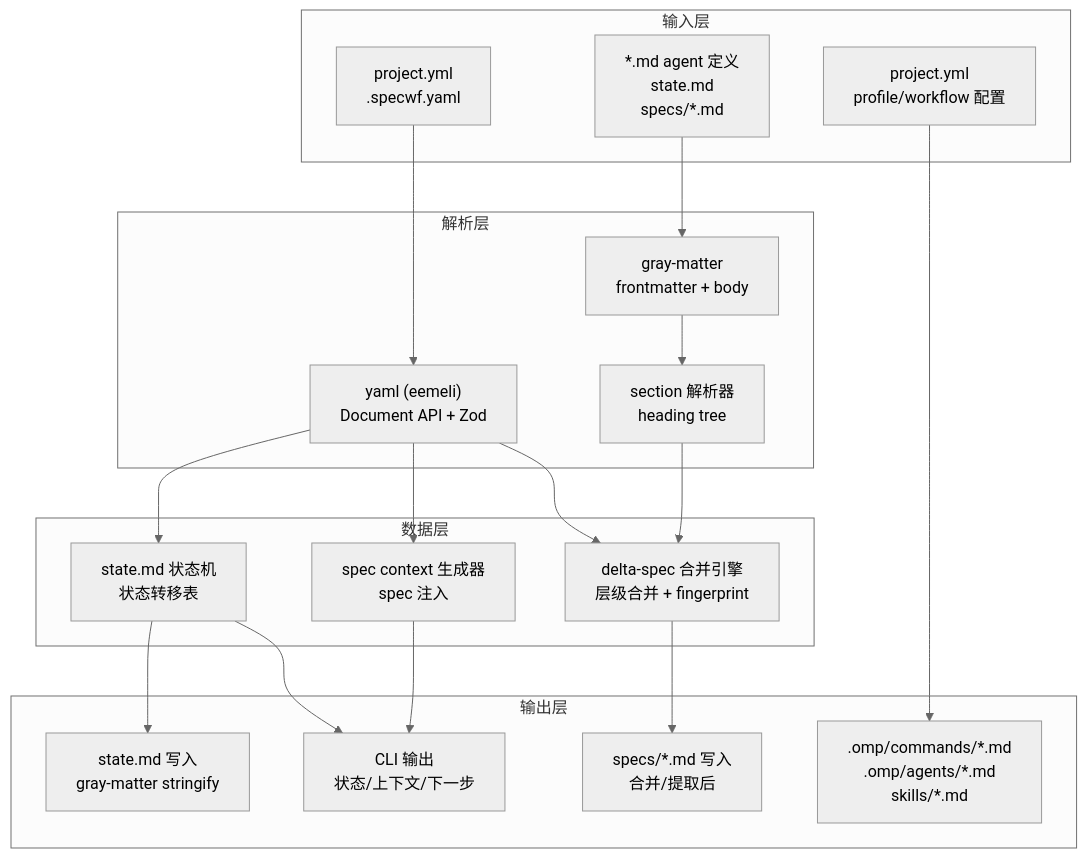
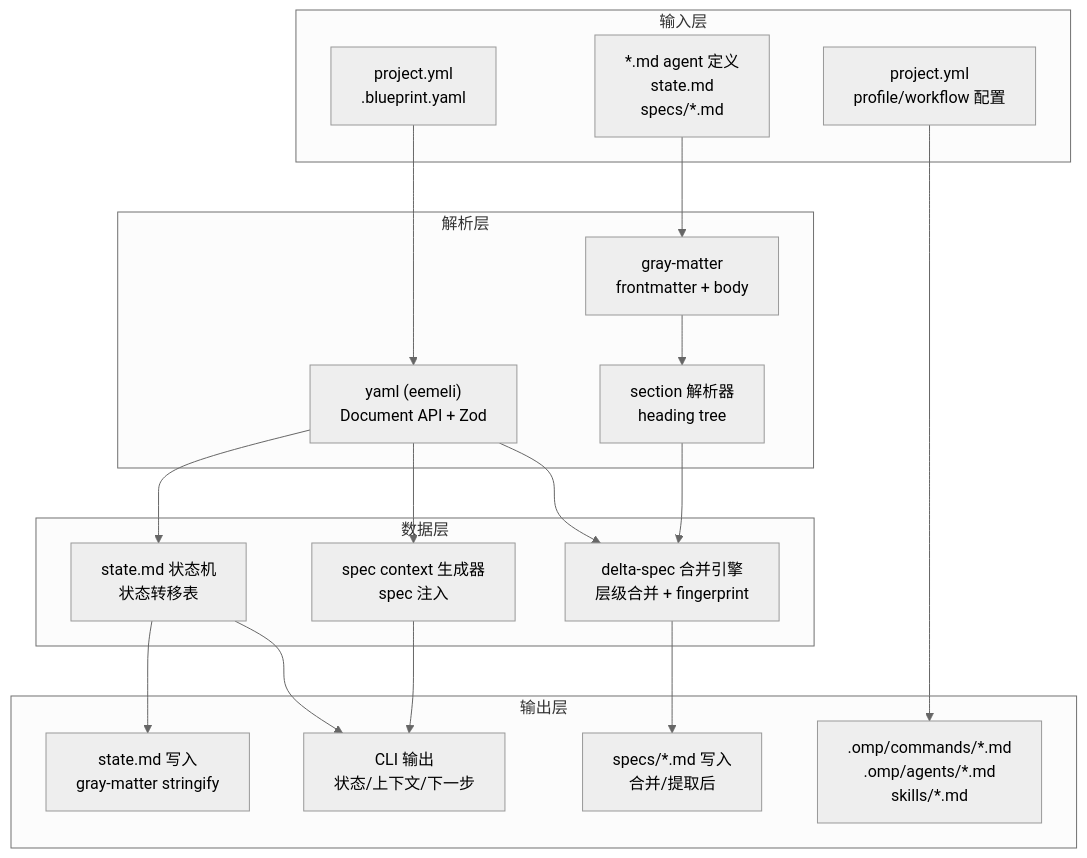
The first of 3 diagrams in bp/research/architecture.md (hyperion2144/blueprint), drawn with Mermaid (neutral theme) before and after one commit. The commit also changed other lines of this file and 140 other files, not shown here.

First line of the commit message:
refactor: remove specwf legacy naming from entire project

````diff
--- a/bp/research/architecture.md
+++ b/bp/research/architecture.md
@@ -848,42 +848,42 @@
 ```mermaid
 flowchart TD
     subgraph 输入层["输入层"]
-        YAML_FILES["project.yml<br/>.specwf.yaml"]
+        YAML_FILES["project.yml<br/>.blueprint.yaml"]
         MD_FILES["*.md agent 定义<br/>state.md<br/>specs/*.md"]
         CONFIG["project.yml<br/>profile/workflow 配置"]
     end
 
     subgraph 解析层["解析层"]
         YAML_PARSER["yaml (eemeli)<br/>Document API + Zod"]
         FM_PARSER["gray-matter<br/>frontmatter + body"]
         MD_SECTION["section 解析器<br/>heading tree"]
     end
 
     subgraph 数据层["数据层"]
         STATE_MACHINE["state.md 状态机<br/>状态转移表"]
         MERGE_ENGINE["delta-spec 合并引擎<br/>层级合并 + fingerprint"]
         CONTEXT_GEN["spec context 生成器<br/>spec 注入"]
     end
 
     subgraph 输出层["输出层"]
         STATE_UPDATE["state.md 写入<br/>gray-matter stringify"]
         SPEC_UPDATE["specs/*.md 写入<br/>合并/提取后"]
         CLI_OUTPUT["CLI 输出<br/>状态/上下文/下一步"]
         PLATFORM_FILES[".omp/commands/*.md<br/>.omp/agents/*.md<br/>skills/*.md"]
     end
 
     YAML_FILES --> YAML_PARSER
     MD_FILES --> FM_PARSER
     FM_PARSER --> MD_SECTION
     MD_SECTION --> MERGE_ENGINE
 
     YAML_PARSER --> STATE_MACHINE
     YAML_PARSER --> CONTEXT_GEN
     YAML_PARSER --> MERGE_ENGINE
 
     STATE_MACHINE --> STATE_UPDATE
     STATE_MACHINE --> CLI_OUTPUT
     MERGE_ENGINE --> SPEC_UPDATE
     CONTEXT_GEN --> CLI_OUTPUT
     CONFIG --> PLATFORM_FILES
 ```
````
